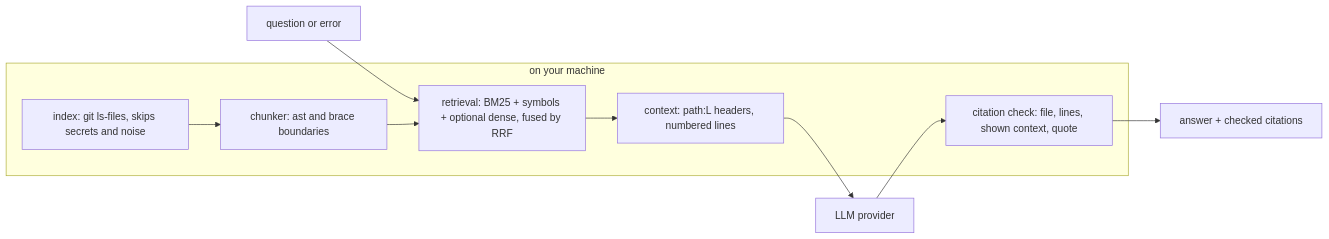
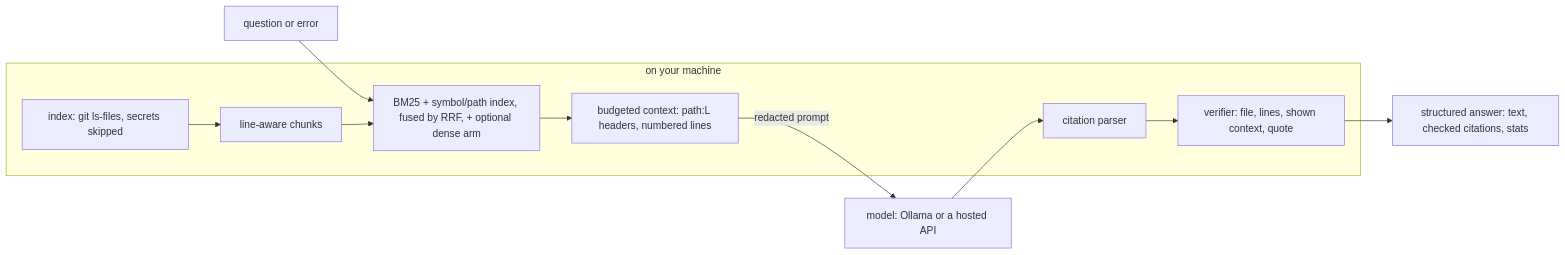
The diagram in README.md (neerajbhargav/vibetter), drawn with Mermaid before and after one commit. The commit also changed other lines of this file, not shown here.

````diff
--- a/README.md
+++ b/README.md
@@ -166,13 +191,13 @@
 ```mermaid
 flowchart LR
     Q[question or error] --> R
     subgraph local [on your machine]
-        I[index: git ls-files, skips secrets and noise] --> C[chunker: ast and brace boundaries]
-        C --> R[retrieval: BM25 + symbols + optional dense, fused by RRF]
-        R --> A[context: path:L headers, numbered lines]
-        V[citation check: file, lines, shown context, quote]
+        I[index: git ls-files, secrets skipped] --> C[line-aware chunks]
+        C --> R[BM25 + symbol/path index, fused by RRF, + optional dense arm]
+        R --> X[budgeted context: path:L headers, numbered lines]
+        P[citation parser] --> V[verifier: file, lines, shown context, quote]
     end
-    A --> M[LLM provider]
-    M --> V
-    V --> O[answer + checked citations]
+    X -- redacted prompt --> M[model: Ollama or a hosted API]
+    M --> P
+    V --> O[structured answer: text, checked citations, stats]
 ```
````
